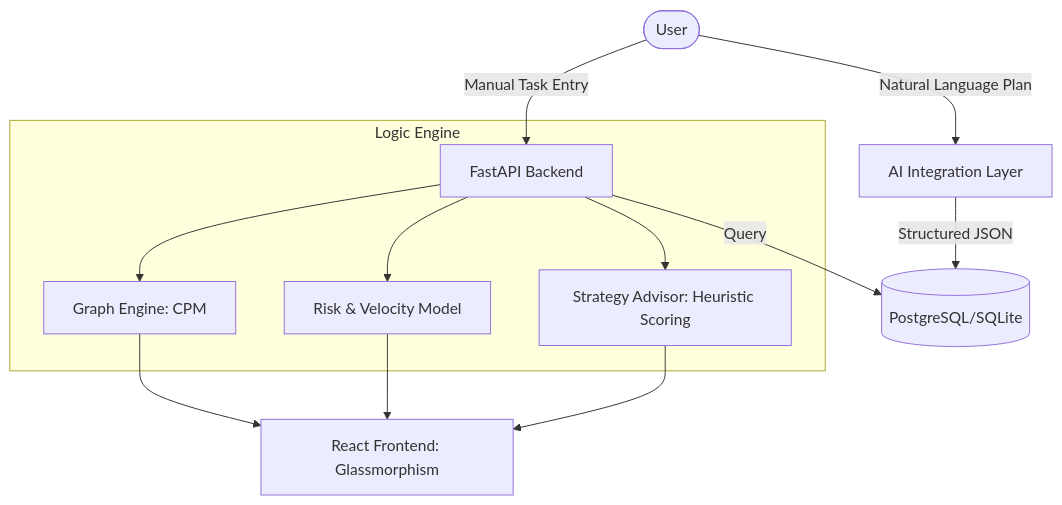
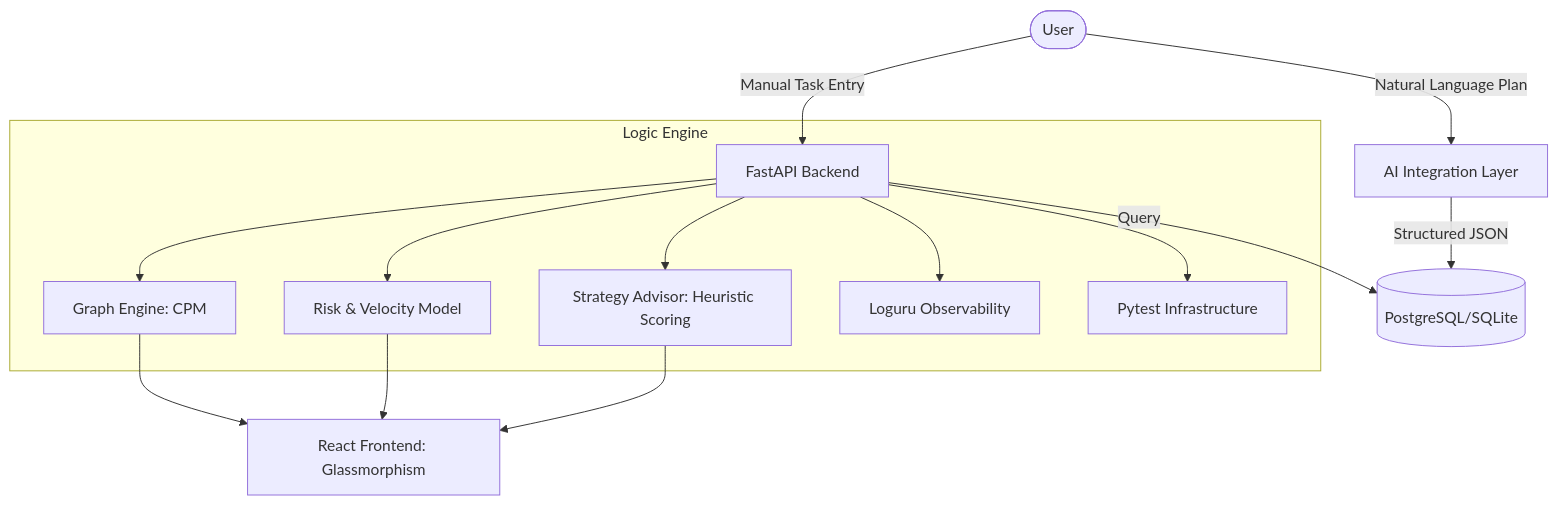
One commit to iuttkarshh0409/discipline-engine changed the diagram in README.md. Above: the diagram before and after it, drawn with Mermaid. The commit also changed other lines of this file and 2 other files, not shown here.

Commit message:
docs: update roadmap and ignore backend logs

````diff
--- a/README.md
+++ b/README.md
@@ -52,17 +78,19 @@
 ```mermaid
 graph TD
     User([User]) -->|Natural Language Plan| AI[AI Integration Layer]
     AI -->|Structured JSON| DB[(PostgreSQL/SQLite)]
     User -->|Manual Task Entry| API[FastAPI Backend]
     API -->|Query| DB
     
     subgraph Logic Engine
         API --> Graph[Graph Engine: CPM]
         API --> Risk[Risk & Velocity Model]
         API --> Strategy[Strategy Advisor: Heuristic Scoring]
+        API --> Logs[Loguru Observability]
+        API --> Test[Pytest Infrastructure]
     end
     
     Graph --> UI[React Frontend: Glassmorphism]
     Risk --> UI
     Strategy --> UI
 ```
````
